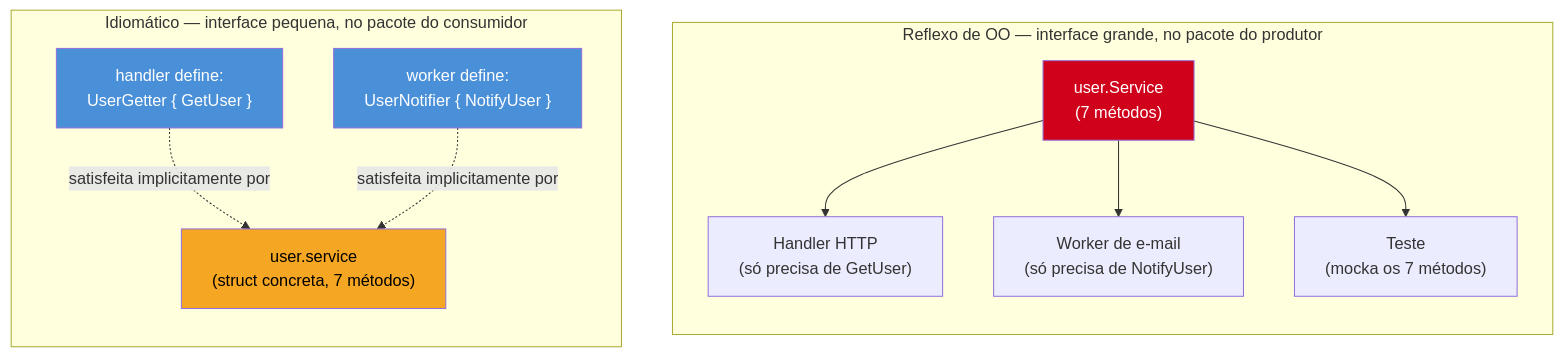
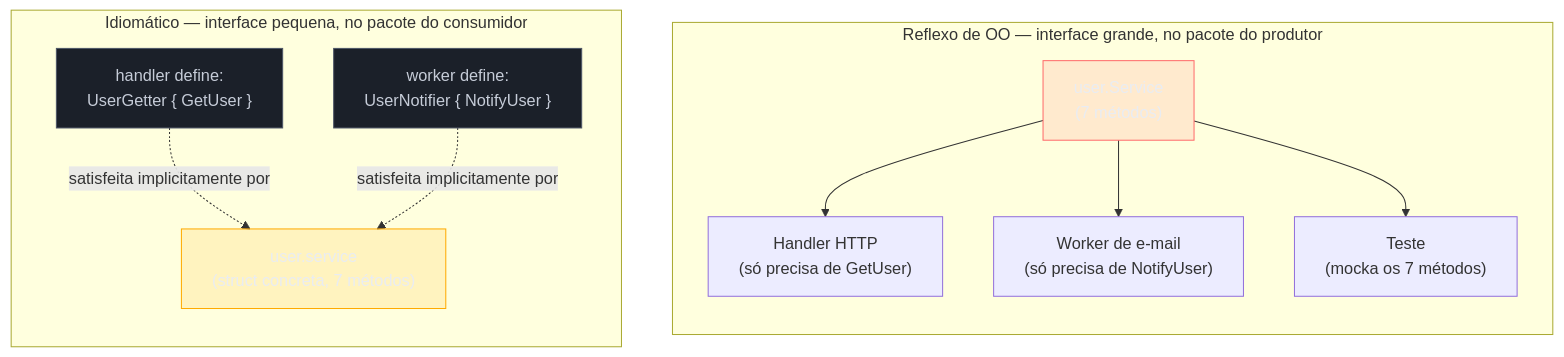
One commit to josenaldo/codex-technomanticus changed the first of 3 diagrams in 03-Dominios/Tecnologia/Go/20 - Go idiomático/04 - Erros comuns de quem vem de OO.md. Above: the diagram before and after it, drawn with Mermaid. The commit also changed other lines of this file and 1181 other files, not shown here.

First line of the commit message:
fix(diagramas): paleta do sistema no lugar de cor cravada no markdown

````diff
--- a/03-Dominios/Tecnologia/Go/20 - Go idiomático/04 - Erros comuns de quem vem de OO.md
+++ b/03-Dominios/Tecnologia/Go/20 - Go idiomático/04 - Erros comuns de quem vem de OO.md
@@ -103,19 +103,22 @@
 ```mermaid
 flowchart TB
+    classDef falha fill:#FF6B6B24,stroke:#FF6B6B,color:#E9ECF2
+    classDef neutro fill:#1B2029,stroke:#4E5666,color:#C6CCD8
+    classDef destaque fill:#FFAA0024,stroke:#FFAA00,color:#E9ECF2
     subgraph errado["Reflexo de OO — interface grande, no pacote do produtor"]
         direction TB
         I1["user.Service\n(7 métodos)"] --> H1["Handler HTTP\n(só precisa de GetUser)"]
         I1 --> W1["Worker de e-mail\n(só precisa de NotifyUser)"]
         I1 --> T1["Teste\n(mocka os 7 métodos)"]
     end
     subgraph idiomatico["Idiomático — interface pequena, no pacote do consumidor"]
         direction TB
         C1["handler define:\nUserGetter { GetUser }"] -.satisfeita implicitamente por.-> S1["user.service\n(struct concreta, 7 métodos)"]
         C2["worker define:\nUserNotifier { NotifyUser }"] -.satisfeita implicitamente por.-> S1
     end
 
-    style I1 fill:#D0021B,color:#fff
-    style C1 fill:#4A90D9,color:#fff
-    style C2 fill:#4A90D9,color:#fff
-    style S1 fill:#F5A623,color:#000
+    class I1 falha
+    class C1 neutro
+    class C2 neutro
+    class S1 destaque
 ```
````
